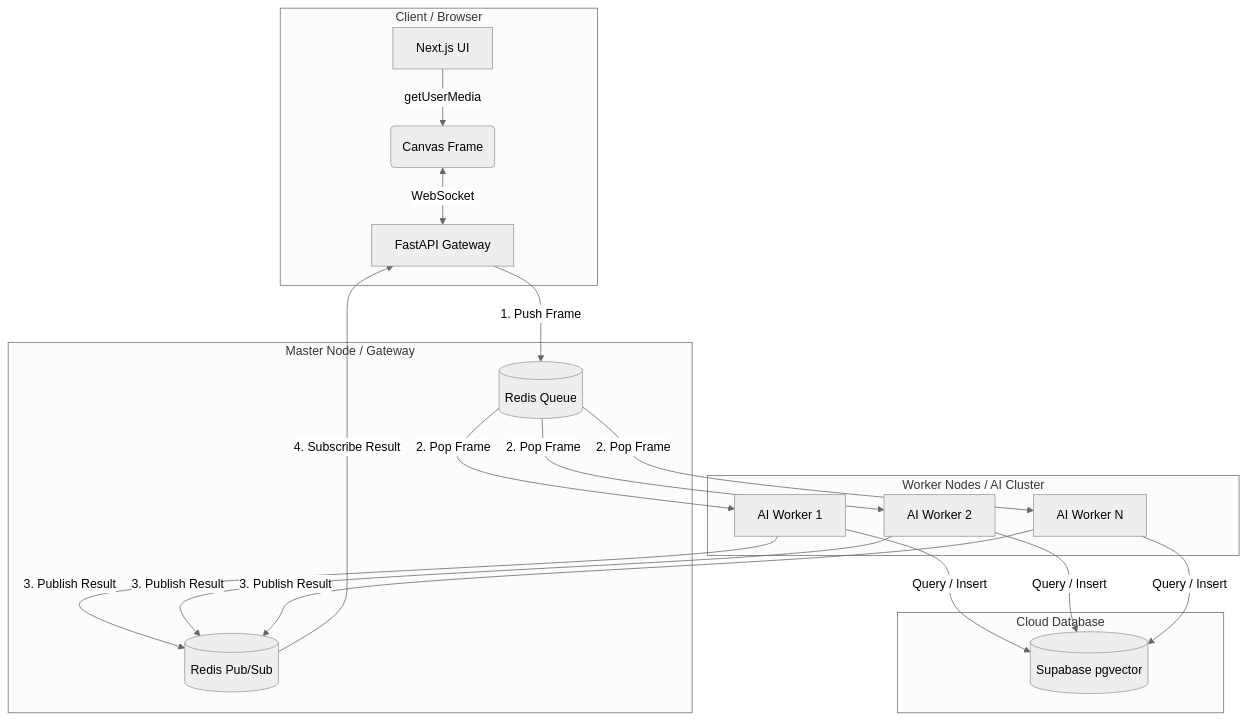
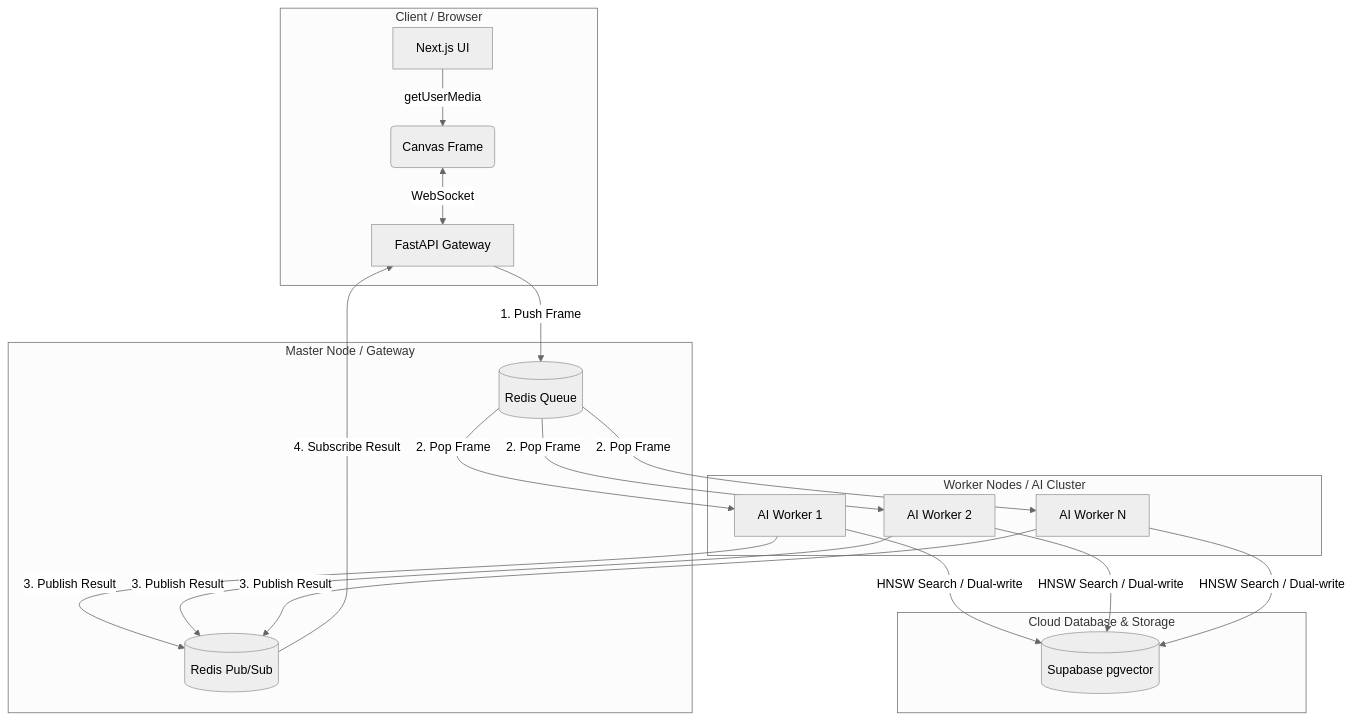
Before and after one commit to hotrungtruc/CustomerLens: the diagram in docs/system_architecture.md, drawn with Mermaid (neutral theme). The commit also changed other lines of this file and 7 other files, not shown here.

Commit message:
docs: Update documentation to reflect v1.4.0 architectural changes

````diff
--- a/docs/system_architecture.md
+++ b/docs/system_architecture.md
@@ -43,32 +44,32 @@
 ```mermaid
 graph TD
     subgraph Client [Client / Browser]
         A[Next.js UI] -->|getUserMedia| B(Canvas Frame)
         B <-->|WebSocket| C[FastAPI Gateway]
     end
 
     subgraph Backend [Master Node / Gateway]
         C -->|1. Push Frame| D[(Redis Queue)]
         E[(Redis Pub/Sub)] -->|4. Subscribe Result| C
     end
 
     subgraph Workers [Worker Nodes / AI Cluster]
         F[AI Worker 1]
         G[AI Worker 2]
         H[AI Worker N]
         
         D -->|2. Pop Frame| F
         D -->|2. Pop Frame| G
         D -->|2. Pop Frame| H
         
         F -->|3. Publish Result| E
         G -->|3. Publish Result| E
         H -->|3. Publish Result| E
     end
 
-    subgraph Database [Cloud Database]
-        F -->|Query / Insert| I[(Supabase pgvector)]
-        G -->|Query / Insert| I
-        H -->|Query / Insert| I
+    subgraph Database [Cloud Database & Storage]
+        F -->|HNSW Search / Dual-write| I[(Supabase pgvector)]
+        G -->|HNSW Search / Dual-write| I
+        H -->|HNSW Search / Dual-write| I
     end
 ```
````
